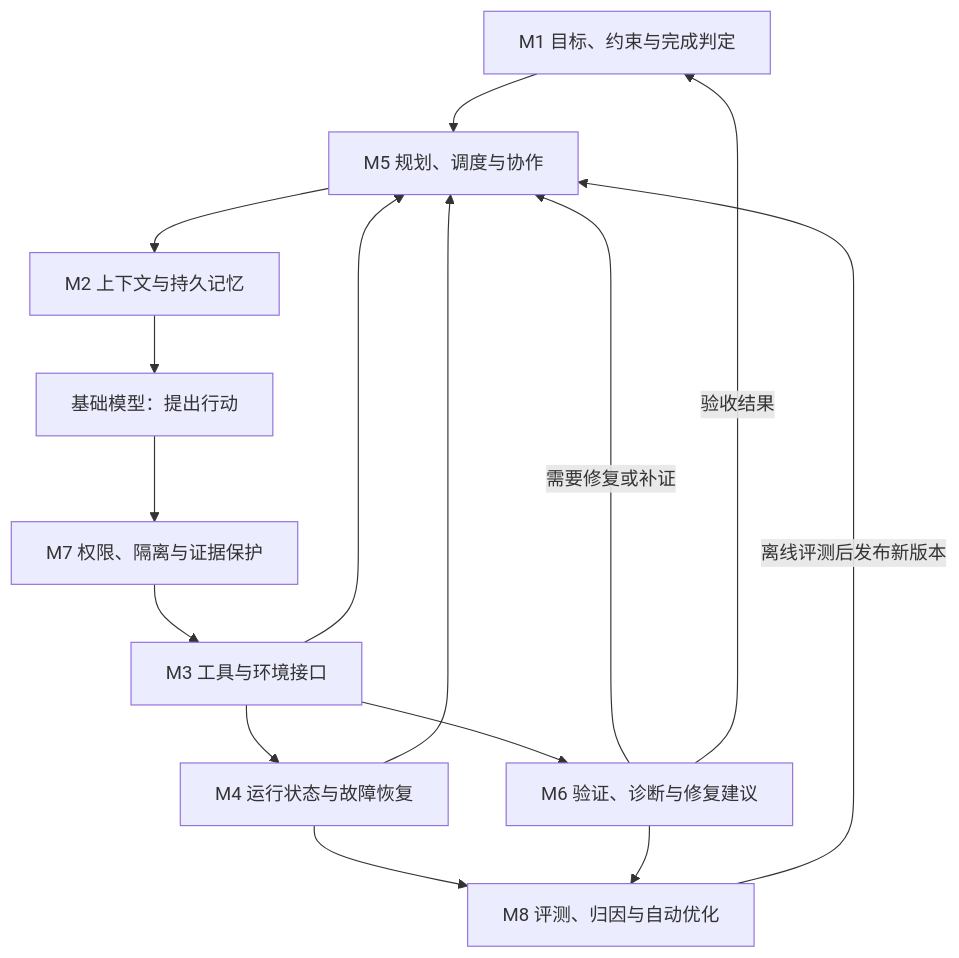
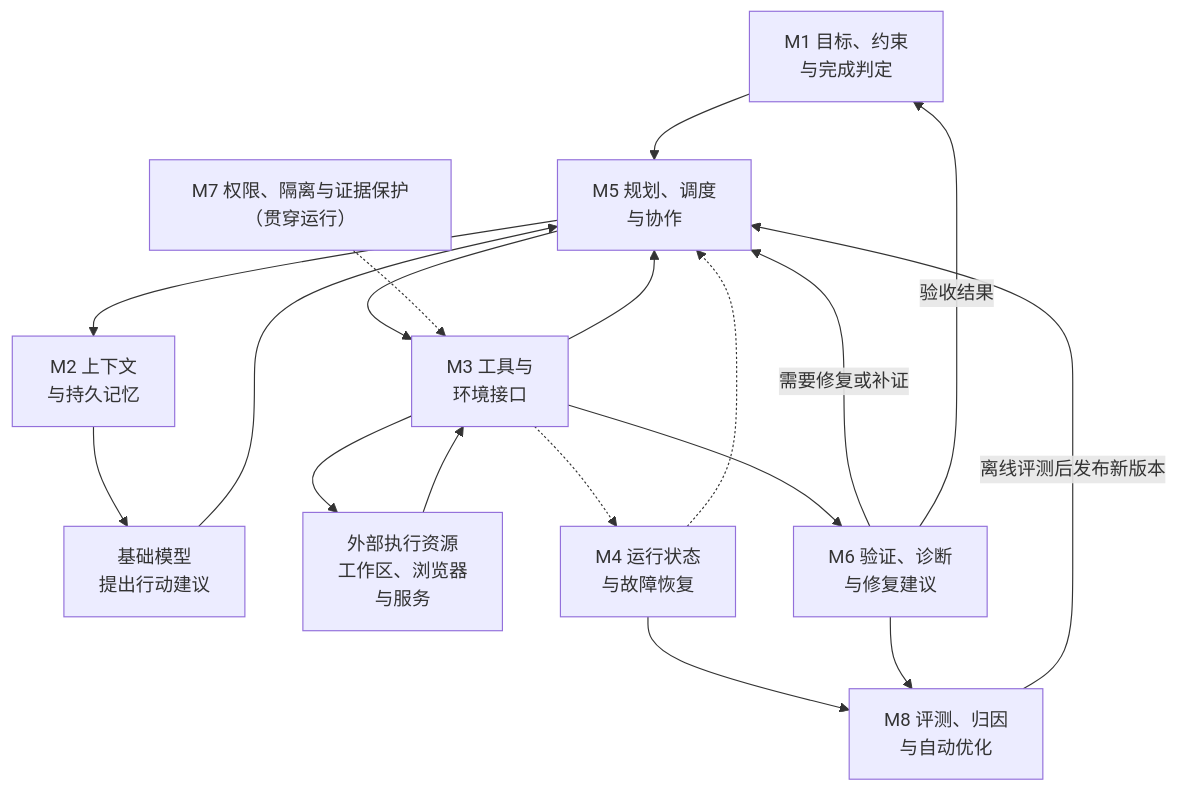
Before and after one commit to yanbozhang/llm-systems-wiki: the diagram in wiki/modules/Harness.md, drawn with Mermaid. The commit also changed other lines of this file and 44 other files, not shown here.

Commit message:
feat(diagrams): unify architecture visuals and diagram controls

````diff
--- a/wiki/modules/Harness.md
+++ b/wiki/modules/Harness.md
@@ -5,17 +16,20 @@
 ```mermaid
 flowchart TB
-  Goal["M1 目标、约束与完成判定"] --> Schedule["M5 规划、调度与协作"]
-  Schedule --> Context["M2 上下文与持久记忆"]
-  Context --> Model["基础模型：提出行动"]
-  Model --> Guard["M7 权限、隔离与证据保护"]
-  Guard --> Tools["M3 工具与环境接口"]
-  Tools --> Verify["M6 验证、诊断与修复建议"]
+  Goal["M1 目标、约束<br/>与完成判定"] --> Schedule["M5 规划、调度<br/>与协作"]
+  Schedule --> Context["M2 上下文<br/>与持久记忆"]
+  Context --> Model["基础模型<br/>提出行动建议"]
+  Model --> Schedule
+  Schedule --> Tools["M3 工具与<br/>环境接口"]
+  Guard["M7 权限、隔离与证据保护（贯穿运行）"] -.-> Tools
+  Tools --> Resource["外部执行资源<br/>工作区、浏览器<br/>与服务"]
+  Resource --> Tools
+  Tools --> Verify["M6 验证、诊断<br/>与修复建议"]
   Tools --> Schedule
   Verify -->|需要修复或补证| Schedule
   Verify -->|验收结果| Goal
-  Tools --> State["M4 运行状态与故障恢复"]
-  State --> Schedule
-  State --> Improve["M8 评测、归因与自动优化"]
+  Tools -.-> State["M4 运行状态<br/>与故障恢复"]
+  State -.-> Schedule
+  State --> Improve["M8 评测、归因<br/>与自动优化"]
   Verify --> Improve
   Improve -->|离线评测后发布新版本| Schedule
 ```
````
